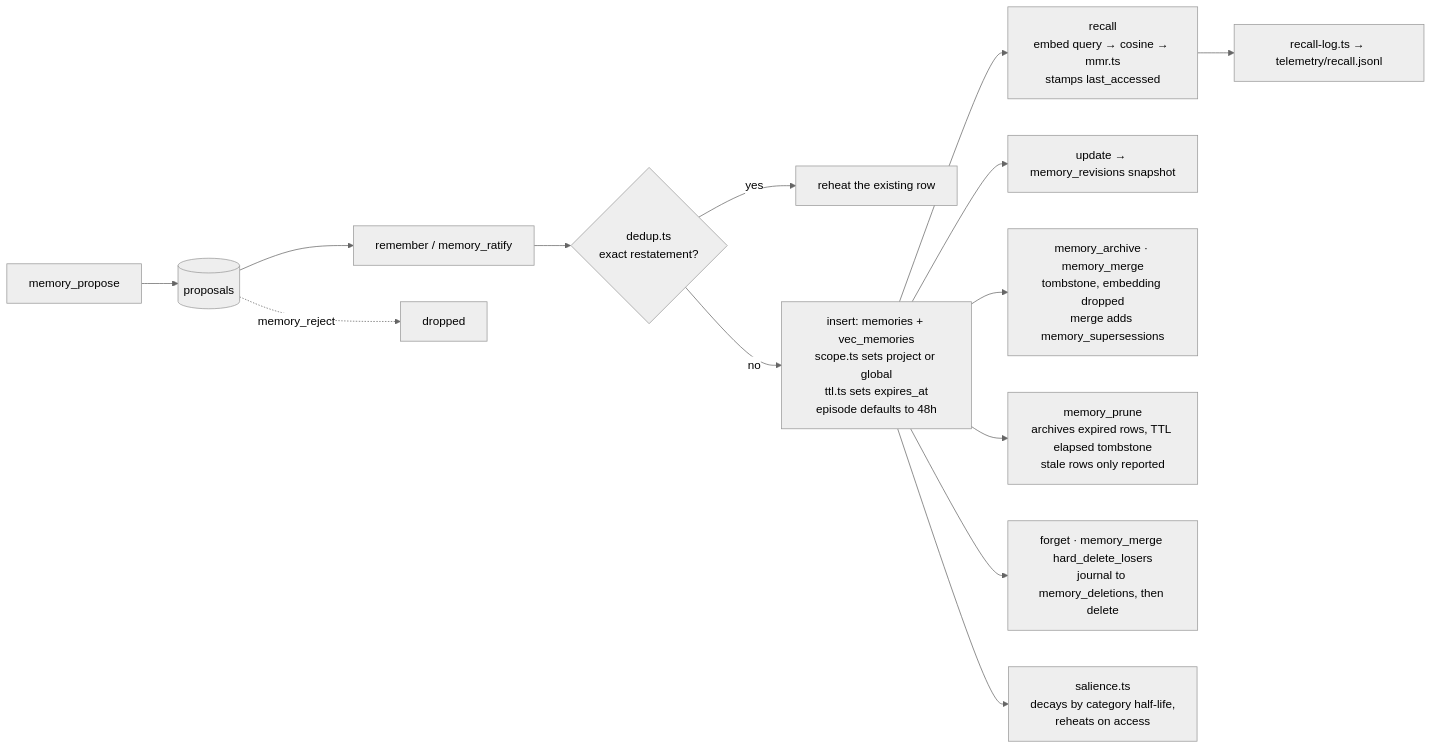
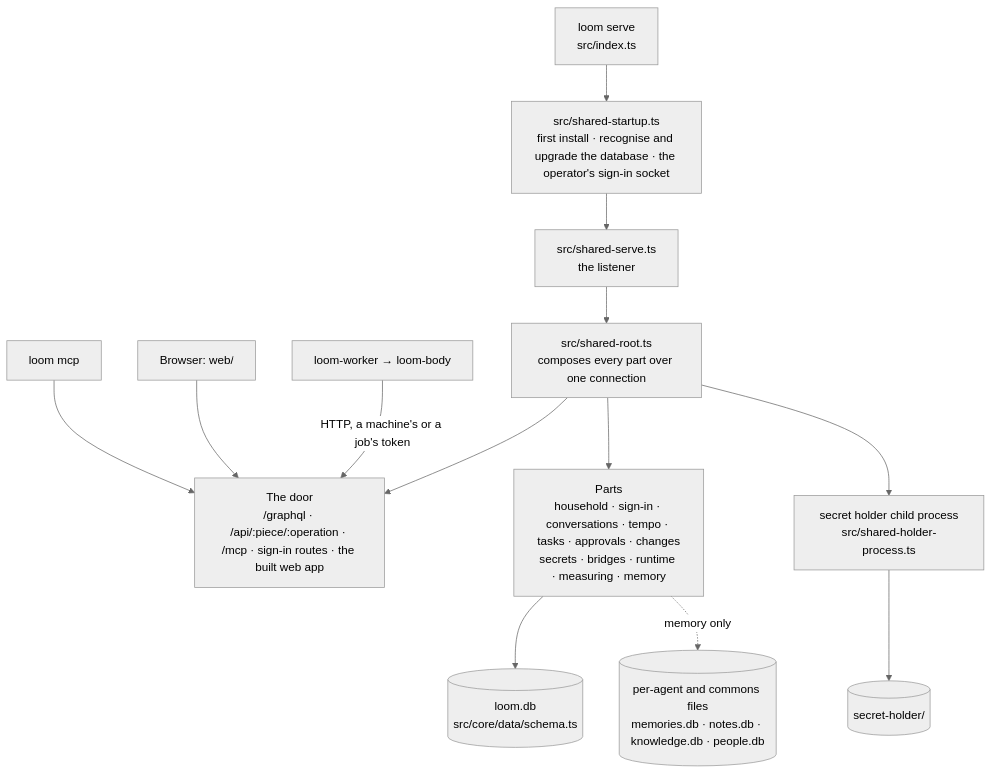
Before and after one commit to sleepunit-agents/loom: the diagram in docs/architecture.md, drawn with Mermaid (neutral theme). The commit also changed other lines of this file and 1912 other files, not shown here.

First line of the commit message:
Terminal MCP door with the named tools a session already calls (#1829)

````diff
--- a/docs/architecture.md
+++ b/docs/architecture.md
@@ -159,15 +35,15 @@
 ```mermaid
-flowchart LR
-  W["remember / memory_ratify"] --> DD{"dedup.ts<br/>exact restatement?"}
-  DD -- yes --> HEAT["reheat the existing row"]
-  DD -- no --> INS["insert: memories + vec_memories<br/>scope.ts sets project or global<br/>ttl.ts sets expires_at<br/>episode defaults to 48h"]
-  PQ["memory_propose"] --> PT[("proposals")] --> W
-  PT -. memory_reject .-> X["dropped"]
-  INS --> RC["recall<br/>embed query → cosine → mmr.ts<br/>stamps last_accessed"]
-  RC --> LOG["recall-log.ts → telemetry/recall.jsonl"]
-  INS --> UPD["update → memory_revisions snapshot"]
-  INS --> ARC["memory_archive · memory_merge<br/>tombstone, embedding dropped<br/>merge adds memory_supersessions"]
-  INS --> PRN["memory_prune<br/>archives expired rows, TTL elapsed tombstone<br/>stale rows only reported"]
-  INS --> DEL["forget · memory_merge hard_delete_losers<br/>journal to memory_deletions, then delete"]
-  INS --> SALN["salience.ts<br/>decays by category half-life,<br/>reheats on access"]
+flowchart TB
+  CLI["loom serve<br/>src/index.ts"] --> START["src/shared-startup.ts<br/>first install · recognise and upgrade the database · the operator's sign-in socket"]
+  START --> SERVE["src/shared-serve.ts<br/>the listener"]
+  SERVE --> ROOT["src/shared-root.ts<br/>composes every part over one connection"]
+  ROOT --> DOOR["The door<br/>/graphql · /api/:piece/:operation · /mcp · sign-in routes · the built web app"]
+  ROOT --> PARTS["Parts<br/>household · sign-in · conversations · tempo · tasks · approvals · changes<br/>secrets · bridges · runtime · measuring · memory"]
+  PARTS --> DB[("loom.db<br/>src/core/data/schema.ts")]
+  PARTS -. memory only .-> FILES[("per-agent and commons files<br/>memories.db · notes.db · knowledge.db · people.db")]
+  ROOT --> HOLDER["secret holder child process<br/>src/shared-holder-process.ts"]
+  HOLDER --> HDB[("secret-holder/")]
+  WORKER["loom-worker → loom-body"] -- "HTTP, a machine's or a job's token" --> DOOR
+  BROWSER["Browser: web/"] --> DOOR
+  MCP["loom mcp"] --> DOOR
 ```
````
